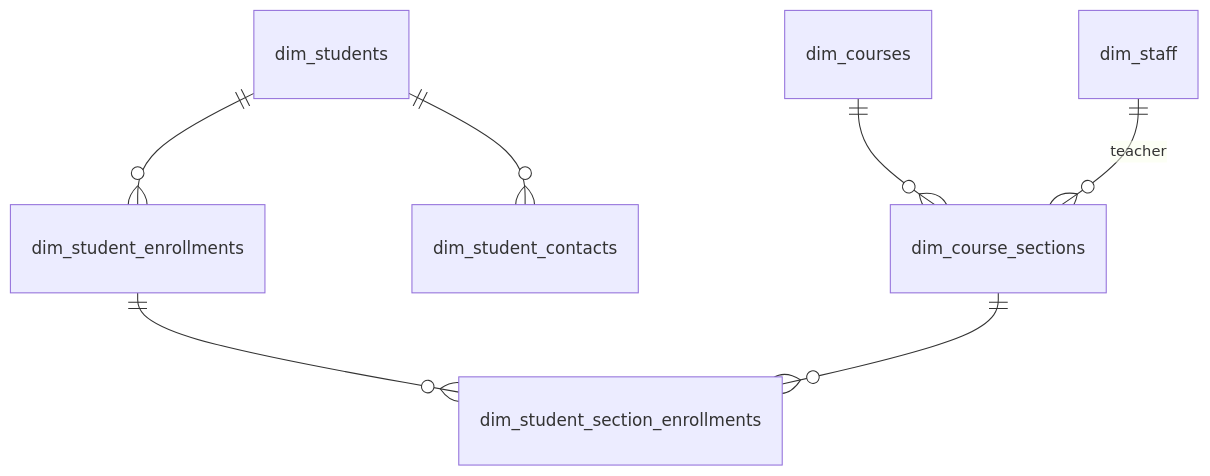
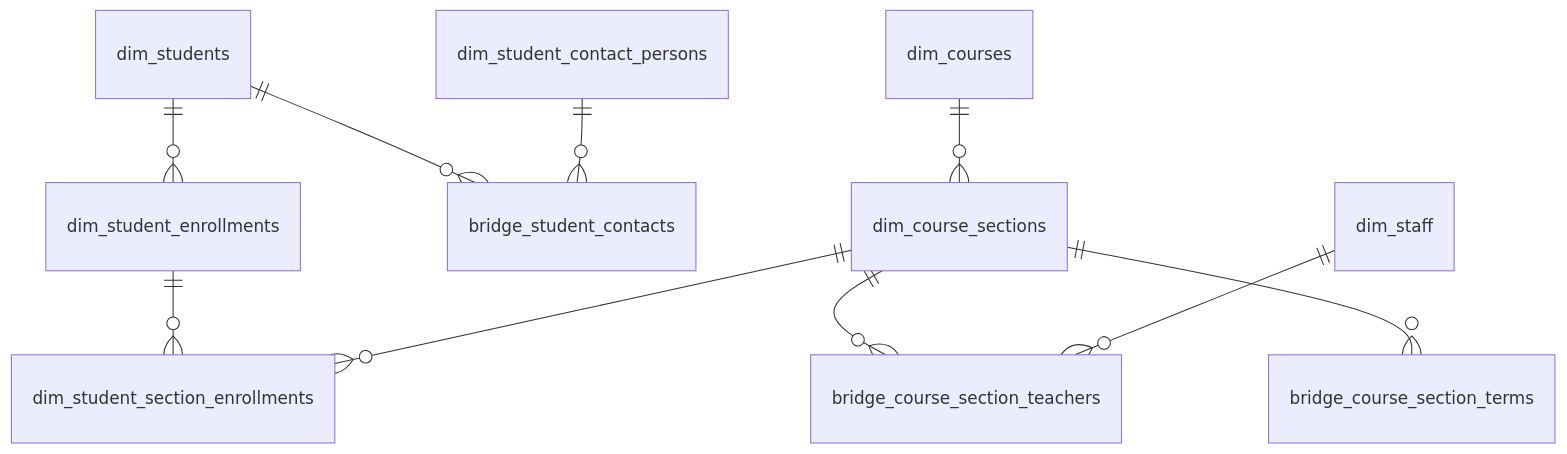
One commit to TEAMSchools/teamster changed the first of 10 diagrams in docs/superpowers/specs/2026-03-27-star-schema-data-mart-design.md. Above: the diagram before and after it, drawn with Mermaid. The commit also changed other lines of this file, not shown here.

First line of the commit message:
docs: post-FK-catalog feedback - bridges, traversals, and attrition to staff_status

````diff
--- a/docs/superpowers/specs/2026-03-27-star-schema-data-mart-design.md
+++ b/docs/superpowers/specs/2026-03-27-star-schema-data-mart-design.md
@@ -638,9 +694,12 @@
 ```mermaid
 erDiagram
     dim_students ||--o{ dim_student_enrollments : ""
-    dim_students ||--o{ dim_student_contacts : ""
+    dim_students ||--o{ bridge_student_contacts : ""
+    dim_student_contact_persons ||--o{ bridge_student_contacts : ""
     dim_student_enrollments ||--o{ dim_student_section_enrollments : ""
     dim_courses ||--o{ dim_course_sections : ""
     dim_course_sections ||--o{ dim_student_section_enrollments : ""
-    dim_staff ||--o{ dim_course_sections : "teacher"
+    dim_course_sections ||--o{ bridge_course_section_teachers : ""
+    dim_staff ||--o{ bridge_course_section_teachers : ""
+    dim_course_sections ||--o{ bridge_course_section_terms : ""
 ```
````
